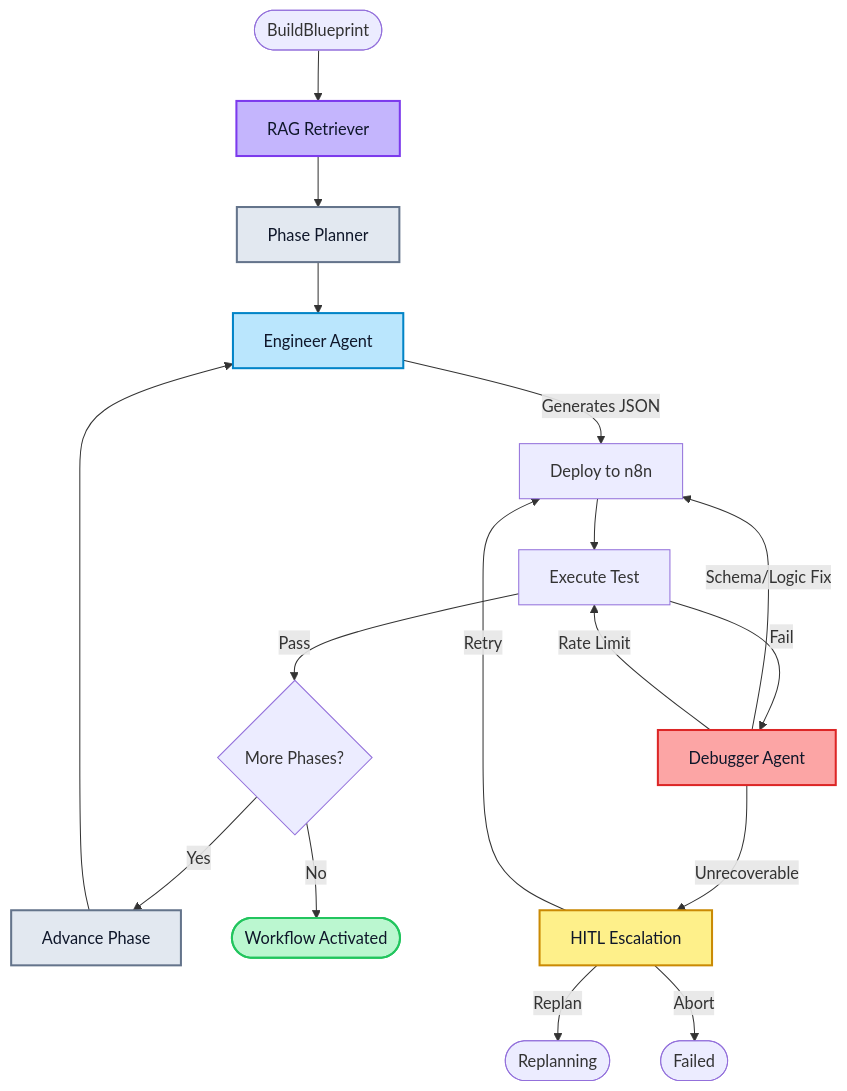
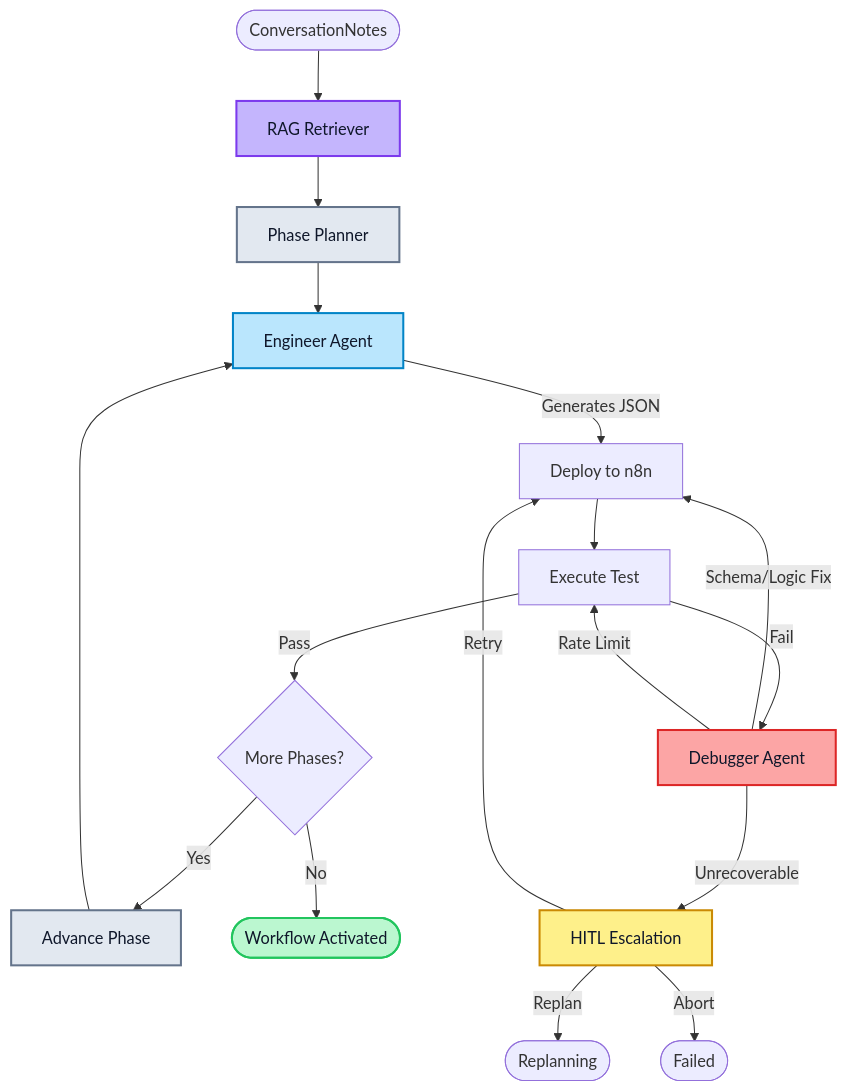
The second of 6 diagrams in README.md (h19overflow/ARIA), drawn with Mermaid before and after one commit. The commit also changed other lines of this file and 1 other file, not shown here.

````diff
--- a/README.md
+++ b/README.md
@@ -148,32 +123,32 @@
 ```mermaid
 flowchart TD
-    Start([BuildBlueprint]) --> RAG[RAG Retriever]
+    Start([ConversationNotes]) --> RAG[RAG Retriever]
     RAG --> PP[Phase Planner]
     PP --> ENG[Engineer Agent]
 
     ENG -->|Generates JSON| DEP[Deploy to n8n]
     DEP --> TST[Execute Test]
 
     TST -->|Pass| CHK{More Phases?}
     CHK -->|Yes| ADV[Advance Phase] --> ENG
     CHK -->|No| ACT([Workflow Activated])
 
     TST -->|Fail| DBG[Debugger Agent]
 
     DBG -->|Schema/Logic Fix| DEP
     DBG -->|Rate Limit| TST
 
     DBG -->|Unrecoverable| ESC[HITL Escalation]
 
     ESC -->|Retry| DEP
     ESC -->|Replan| FAIL([Replanning])
     ESC -->|Abort| FAIL2([Failed])
 
     style RAG fill:#c4b5fd,stroke:#7c3aed,stroke-width:2px,color:#0f172a
     style PP fill:#e2e8f0,stroke:#64748b,stroke-width:2px,color:#0f172a
     style ENG fill:#bae6fd,stroke:#0284c7,stroke-width:2px,color:#0f172a
     style DBG fill:#fca5a5,stroke:#dc2626,stroke-width:2px,color:#0f172a
     style ESC fill:#fef08a,stroke:#ca8a04,stroke-width:2px,color:#0f172a
     style ACT fill:#bbf7d0,stroke:#22c55e,stroke-width:2px,color:#0f172a
     style ADV fill:#e2e8f0,stroke:#64748b,stroke-width:2px,color:#0f172a
 ```
````
